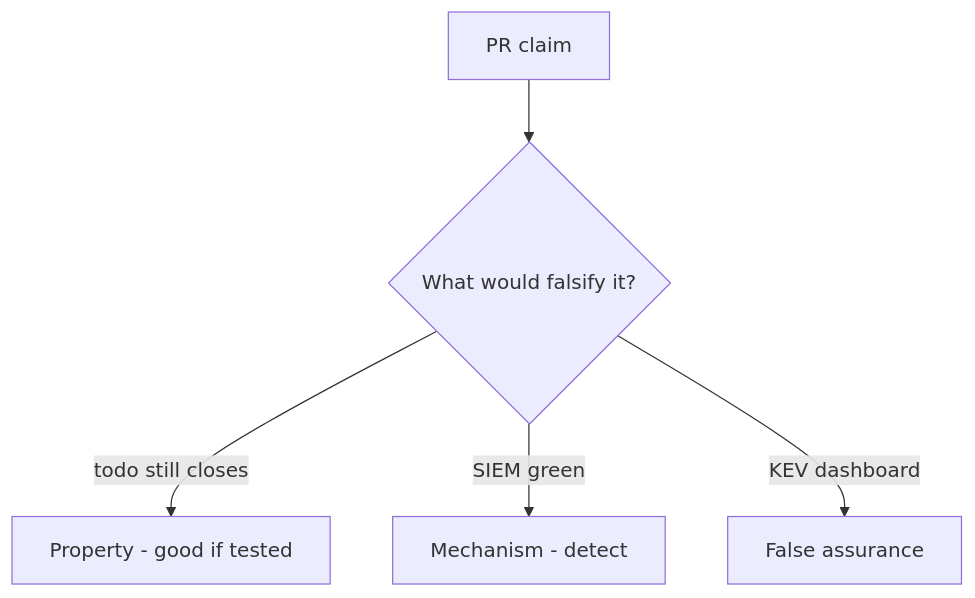
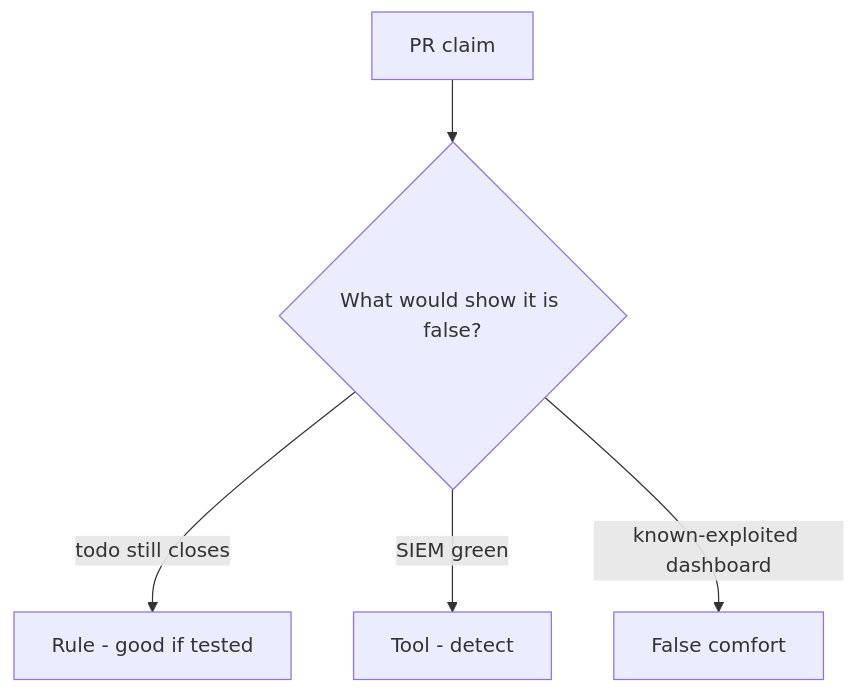
One commit to ishitvagoel/LearnSecurity changed the diagram in content/modules/10/10.5/lessons/08-review.md. Above: the diagram before and after it, drawn with Mermaid. The commit also changed other lines of this file and 39 other files, not shown here.

````diff
--- a/content/modules/10/10.5/lessons/08-review.md
+++ b/content/modules/10/10.5/lessons/08-review.md
@@ -17,7 +18,7 @@
 ```mermaid
 flowchart TD
-  Claim[PR claim] --> Q{"What would falsify it?"}
-  Q -->|todo still closes| Property["Property - good if tested"]
-  Q -->|SIEM green| Mechanism[Mechanism - detect]
-  Q -->|KEV dashboard| False[False assurance]
+  Claim[PR claim] --> Q{"What would show it is false?"}
+  Q -->|todo still closes| Property["Rule - good if tested"]
+  Q -->|SIEM green| Mechanism[Tool - detect]
+  Q -->|known-exploited dashboard| False[False comfort]
 ```
````
